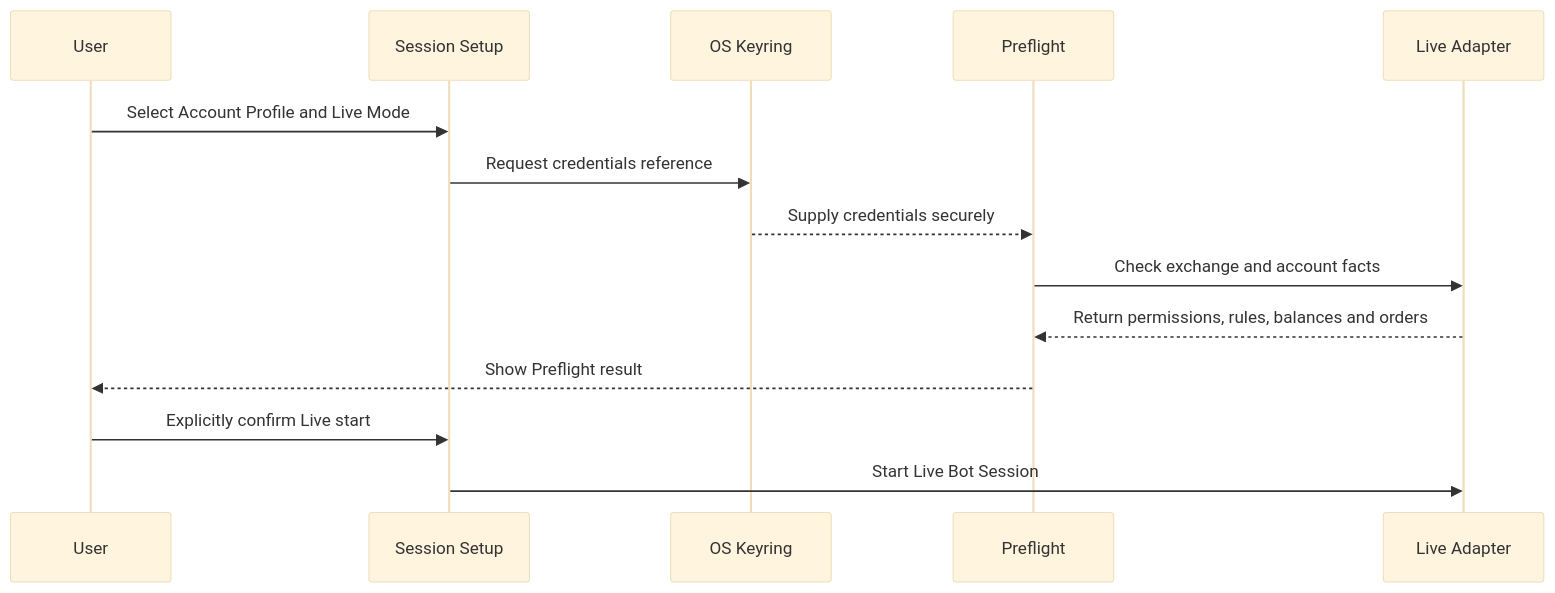
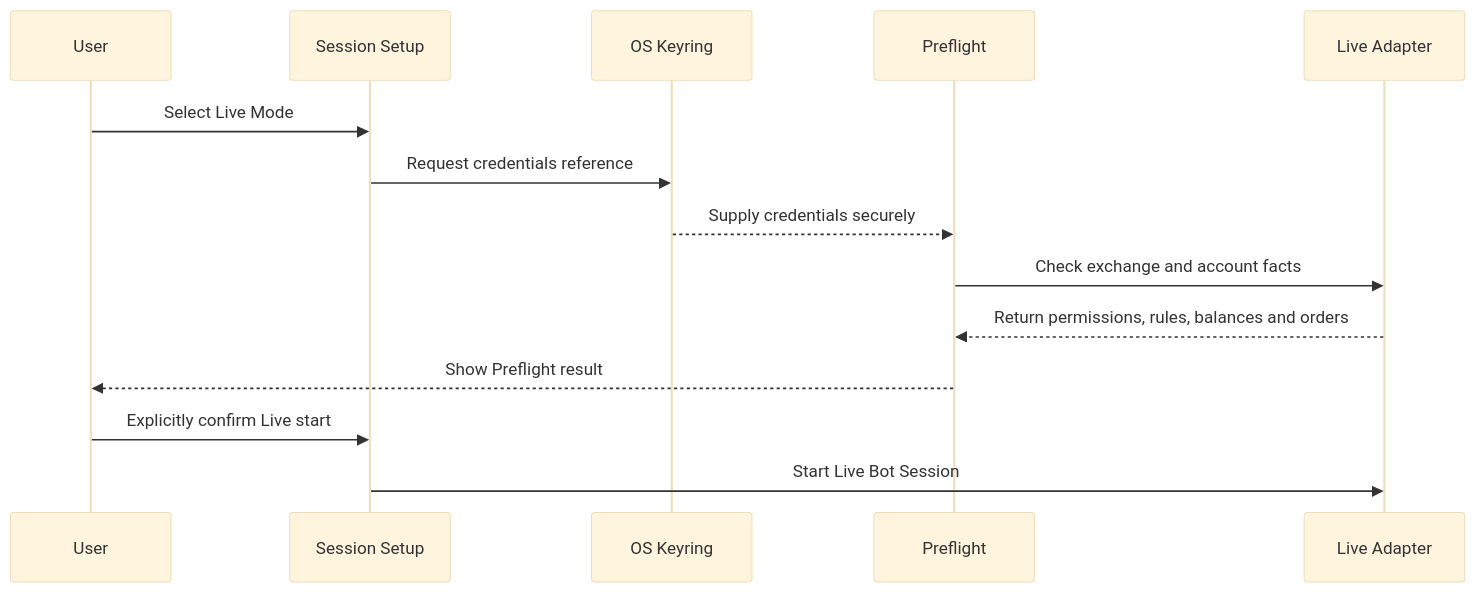
Before and after one commit to yukasung/tiewtrade: the first of 2 diagrams in docs-site/content/live-safety.mdx, drawn with Mermaid (base theme). The commit also changed other lines of this file and 22 other files, not shown here.

````diff
--- a/docs-site/content/live-safety.mdx
+++ b/docs-site/content/live-safety.mdx
@@ -14,17 +14,17 @@
 ```mermaid
 sequenceDiagram
     participant U as User
     participant S as Session Setup
     participant K as OS Keyring
     participant P as Preflight
     participant A as Live Adapter
 
-    U->>S: Select Account Profile and Live Mode
+    U->>S: Select Live Mode
     S->>K: Request credentials reference
     K-->>P: Supply credentials securely
     P->>A: Check exchange and account facts
     A-->>P: Return permissions, rules, balances and orders
     P-->>U: Show Preflight result
     U->>S: Explicitly confirm Live start
     S->>A: Start Live Bot Session
 ```
````
